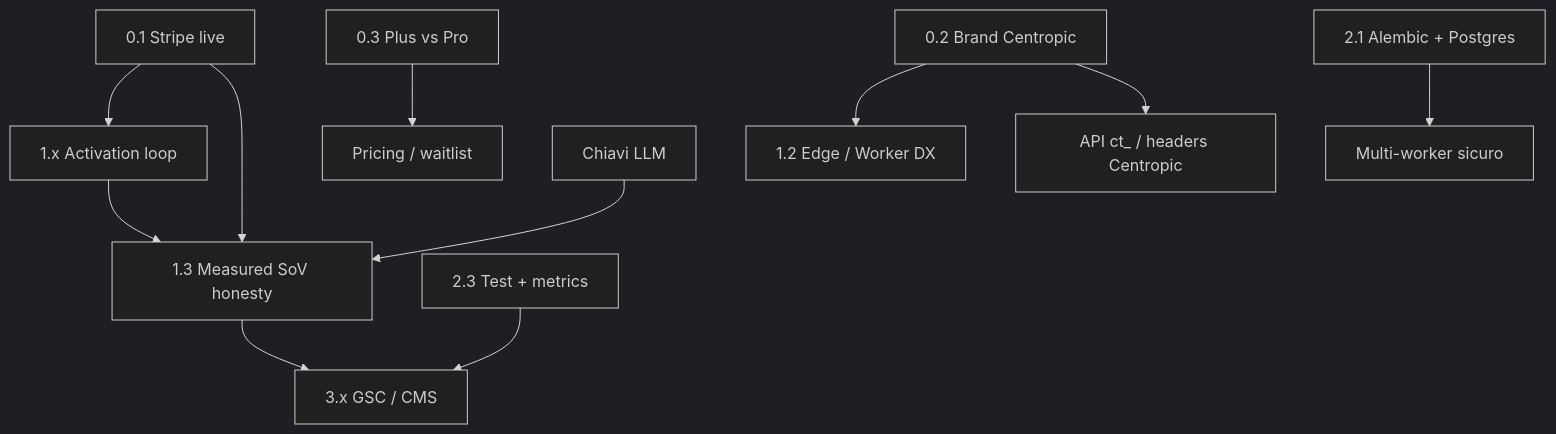
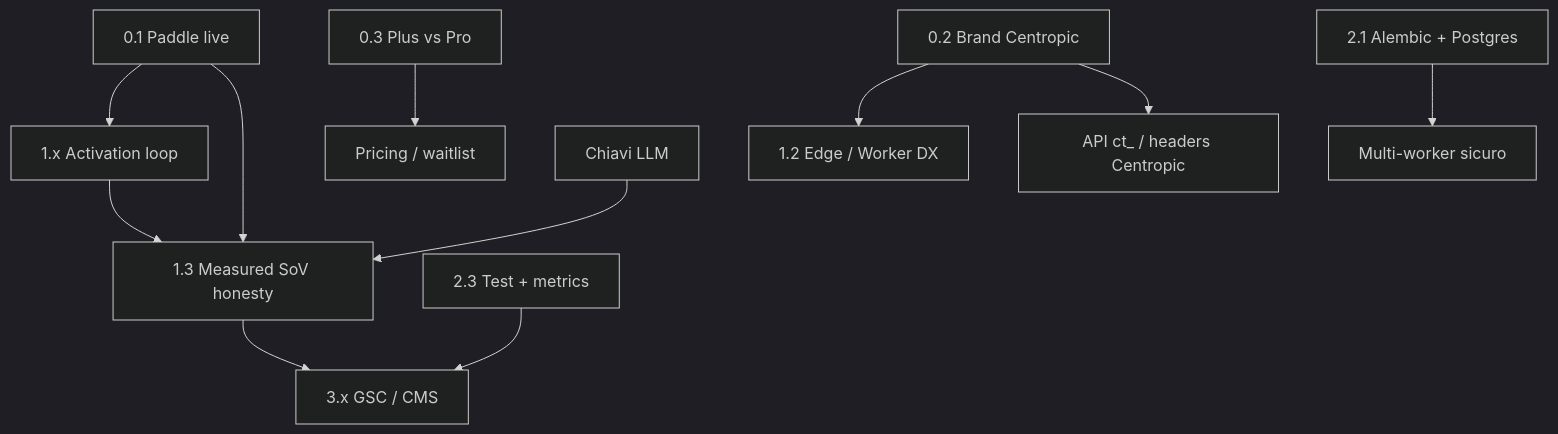
One commit to croccodjllo-blip/Geopulse changed the diagram in ROADMAP.md. Above: the diagram before and after it, drawn with Mermaid (dark theme). The commit also changed other lines of this file and 12 other files, not shown here.

First line of the commit message:
feat(billing): remove Stripe — Paddle only

````diff
--- a/ROADMAP.md
+++ b/ROADMAP.md
@@ -224,13 +224,13 @@
 ```mermaid
 flowchart TD
-  stripe[0.1 Stripe live] --> activation[1.x Activation loop]
+  paddle[0.1 Paddle live] --> activation[1.x Activation loop]
   brand[0.2 Brand Centropic] --> edgeDX[1.2 Edge / Worker DX]
   planClarity[0.3 Plus vs Pro] --> pricingUX[Pricing / waitlist]
   activation --> sov[1.3 Measured SoV honesty]
-  stripe --> sov
+  paddle --> sov
   llmKeys[Chiavi LLM] --> sov
   alembic[2.1 Alembic + Postgres] --> scale[Multi-worker sicuro]
   tests[2.3 Test + metrics] --> connectors[3.x GSC / CMS]
   sov --> connectors
   brand --> apiRename[API ct_ / headers Centropic]
 ```
````
